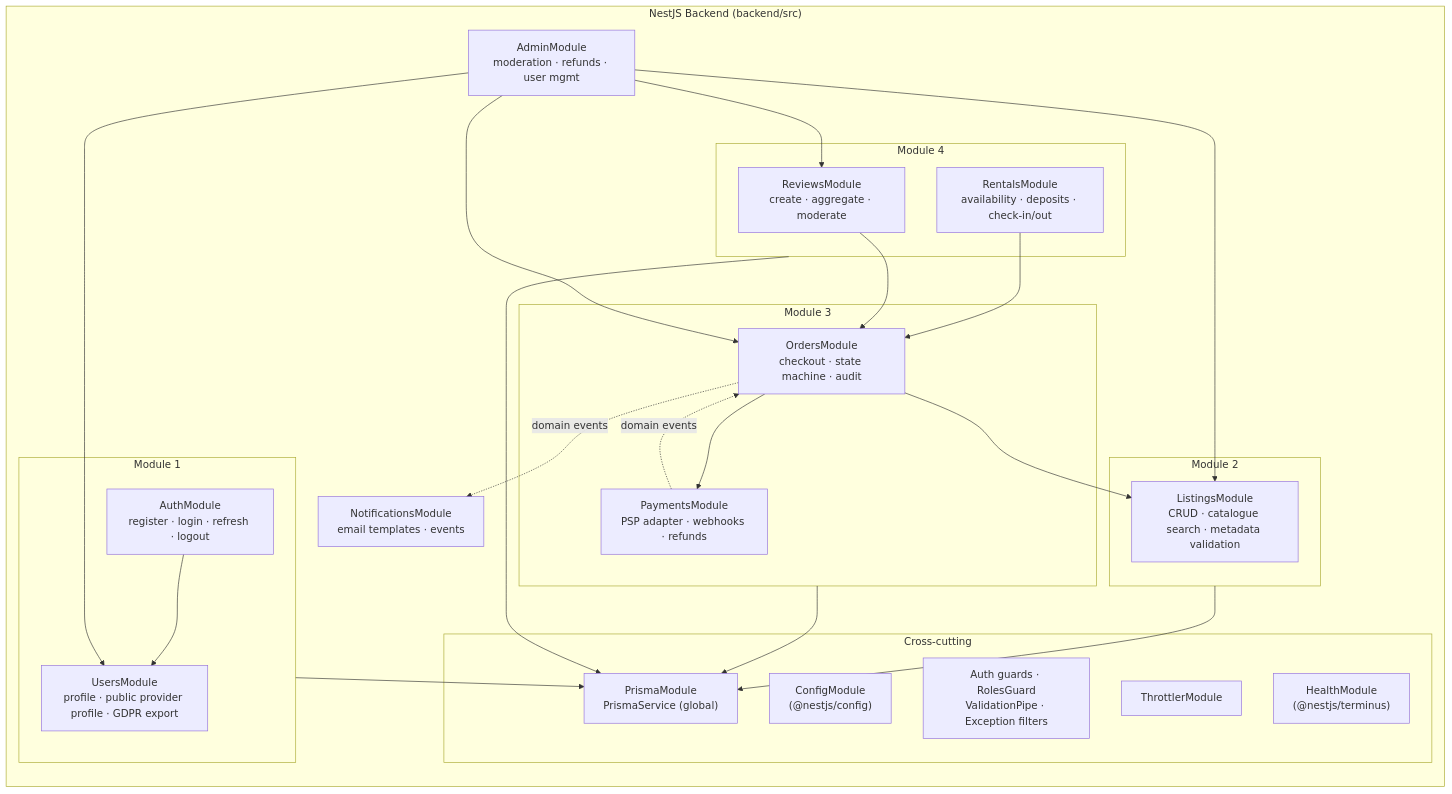
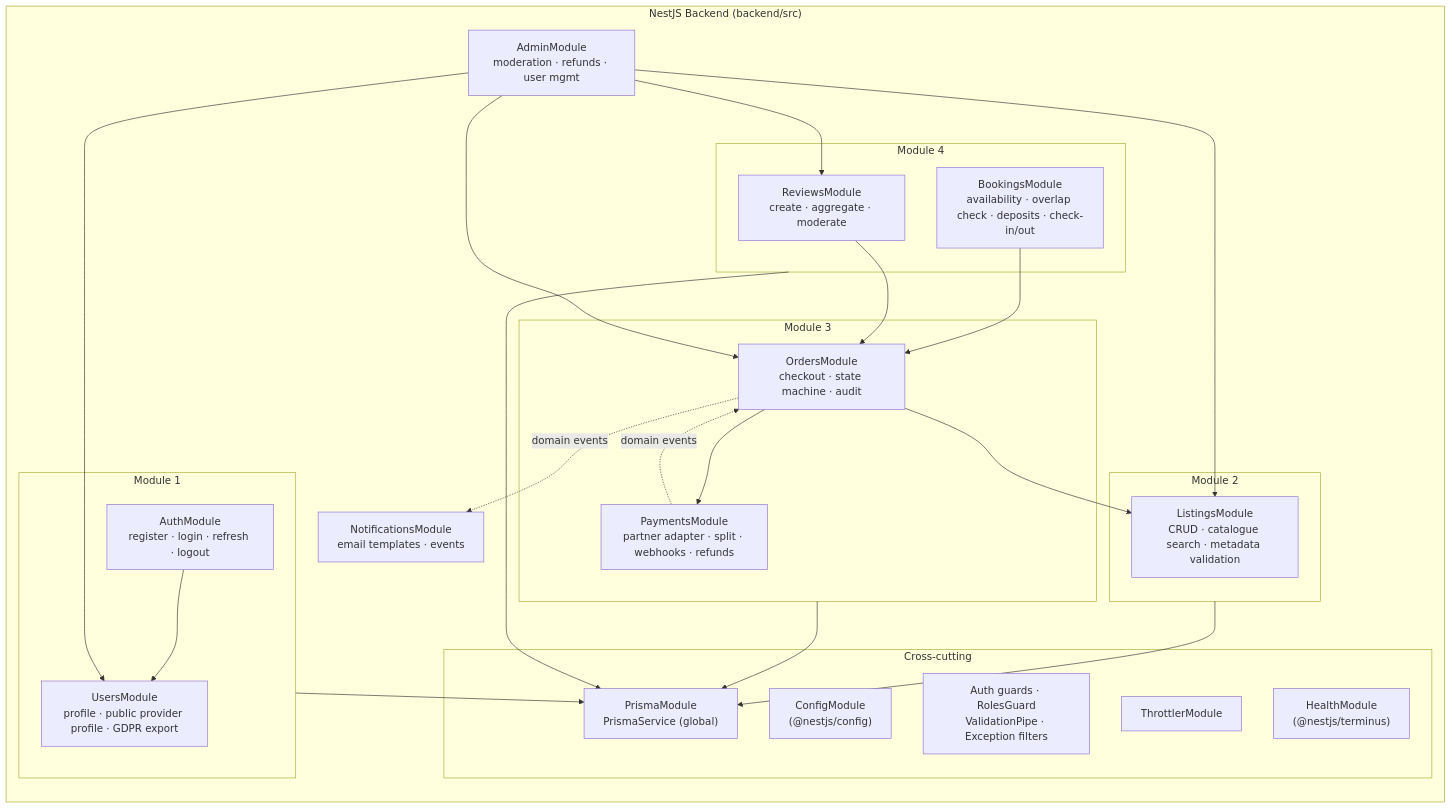
The second of 8 diagrams in docs/03-high-level-architecture.md (asrdjan/lease-platform), drawn with Mermaid before and after one commit. The commit also changed other lines of this file and 3 other files, not shown here.

Commit message:
docs: record pilot product decisions (D-01..D-09) and align requirements and architecture

````diff
--- a/docs/03-high-level-architecture.md
+++ b/docs/03-high-level-architecture.md
@@ -102,40 +103,40 @@
 ```mermaid
 flowchart TB
     subgraph API["NestJS Backend (backend/src)"]
         direction TB
         subgraph Cross["Cross-cutting"]
             Config["ConfigModule<br/>(@nestjs/config)"]
             Prisma["PrismaModule<br/>PrismaService (global)"]
             Guards["Auth guards · RolesGuard<br/>ValidationPipe · Exception filters"]
             Throttle["ThrottlerModule"]
             Health["HealthModule<br/>(@nestjs/terminus)"]
         end
         subgraph M1["Module 1"]
             Auth["AuthModule<br/>register · login · refresh · logout"]
             Users["UsersModule<br/>profile · public provider profile · GDPR export"]
         end
         subgraph M2["Module 2"]
             Listings["ListingsModule<br/>CRUD · catalogue search · metadata validation"]
         end
         subgraph M3["Module 3"]
             Orders["OrdersModule<br/>checkout · state machine · audit"]
-            Payments["PaymentsModule<br/>PSP adapter · webhooks · refunds"]
+            Payments["PaymentsModule<br/>partner adapter · split · webhooks · refunds"]
         end
         subgraph M4["Module 4"]
             Reviews["ReviewsModule<br/>create · aggregate · moderate"]
-            Rentals["RentalsModule<br/>availability · deposits · check-in/out"]
+            Bookings["BookingsModule<br/>availability · overlap check · deposits · check-in/out"]
         end
         AdminM["AdminModule<br/>moderation · refunds · user mgmt"]
         Notify["NotificationsModule<br/>email templates · events"]
     end
 
     Auth --> Users
     Orders --> Listings
     Orders --> Payments
-    Rentals --> Orders
+    Bookings --> Orders
     Reviews --> Orders
     AdminM --> Users & Listings & Orders & Reviews
     Orders -. "domain events" .-> Notify
     Payments -. "domain events" .-> Orders
     M1 & M2 & M3 & M4 --> Prisma
 ```
````
